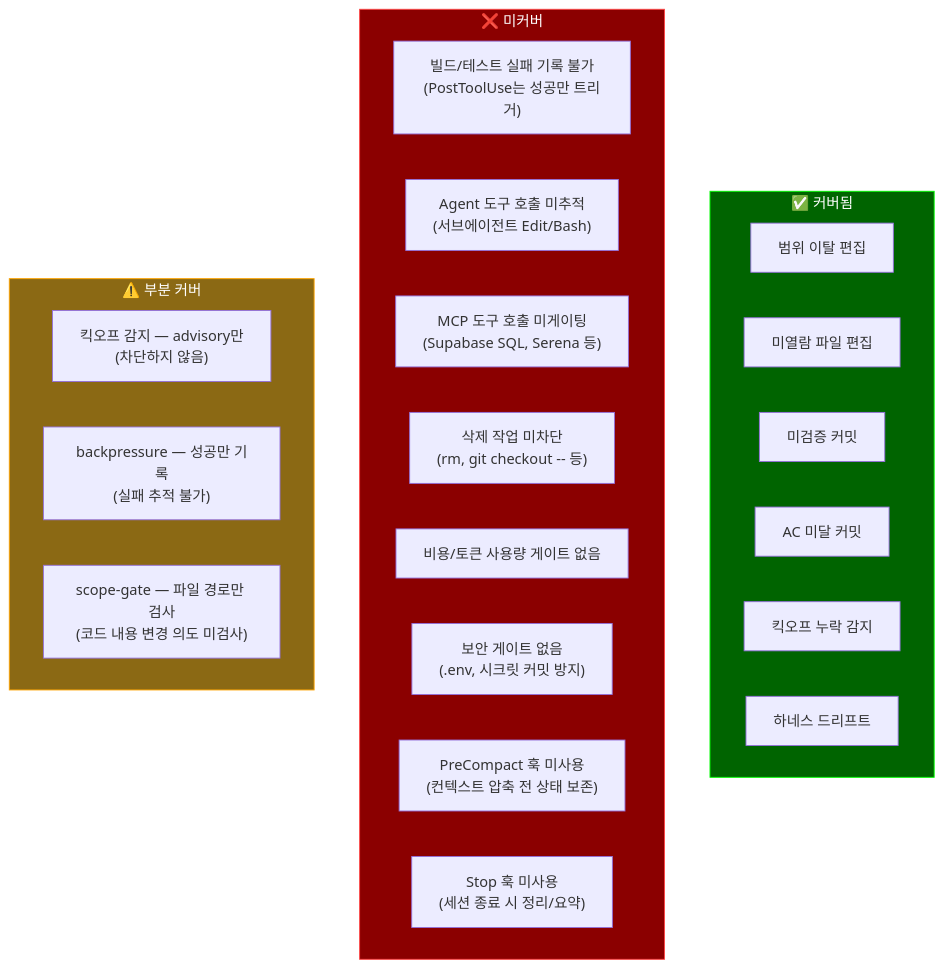
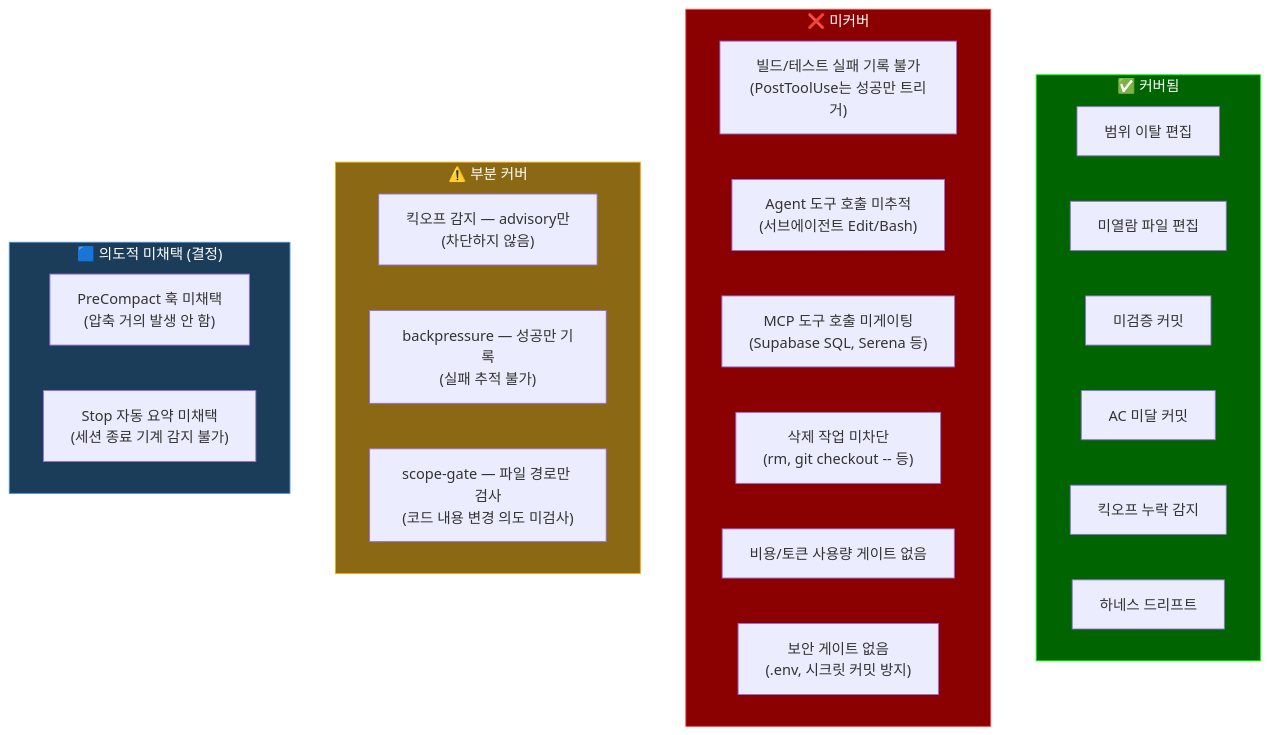
Before and after one commit to rae-hugo-kim/claude: the fifth of 7 diagrams in docs/architecture/harness-architecture.md, drawn with Mermaid. The commit also changed other lines of this file and 4 other files, not shown here.

````diff
--- a/docs/architecture/harness-architecture.md
+++ b/docs/architecture/harness-architecture.md
@@ -219,32 +219,36 @@
 ```mermaid
 flowchart TB
     subgraph covered["✅ 커버됨"]
         C1[범위 이탈 편집]
         C2[미열람 파일 편집]
         C3[미검증 커밋]
         C4[AC 미달 커밋]
         C5[킥오프 누락 감지]
         C6[하네스 드리프트]
     end
 
     subgraph gaps["❌ 미커버"]
         G1["빌드/테스트 실패 기록 불가<br/>(PostToolUse는 성공만 트리거)"]
         G2["Agent 도구 호출 미추적<br/>(서브에이전트 Edit/Bash)"]
         G3["MCP 도구 호출 미게이팅<br/>(Supabase SQL, Serena 등)"]
         G4["삭제 작업 미차단<br/>(rm, git checkout -- 등)"]
         G5["비용/토큰 사용량 게이트 없음"]
         G6["보안 게이트 없음<br/>(.env, 시크릿 커밋 방지)"]
-        G7["PreCompact 훅 미사용<br/>(컨텍스트 압축 전 상태 보존)"]
-        G8["Stop 훅 미사용<br/>(세션 종료 시 정리/요약)"]
     end
 
     subgraph partial["⚠️ 부분 커버"]
         P1["킥오프 감지 — advisory만<br/>(차단하지 않음)"]
         P2["backpressure — 성공만 기록<br/>(실패 추적 불가)"]
         P3["scope-gate — 파일 경로만 검사<br/>(코드 내용 변경 의도 미검사)"]
     end
 
+    subgraph decided["🟦 의도적 미채택 (결정)"]
+        G7["PreCompact 훅 미채택<br/>(압축 거의 발생 안 함)"]
+        G8["Stop 자동 요약 미채택<br/>(세션 종료 기계 감지 불가)"]
+    end
+
     style gaps fill:#8b0000,stroke:#ff4444,color:#fff
     style partial fill:#8b6914,stroke:#ffa500,color:#fff
+    style decided fill:#1c3d5a,stroke:#4a90d9,color:#fff
     style covered fill:#006400,stroke:#00ff00,color:#fff
 ```
````
